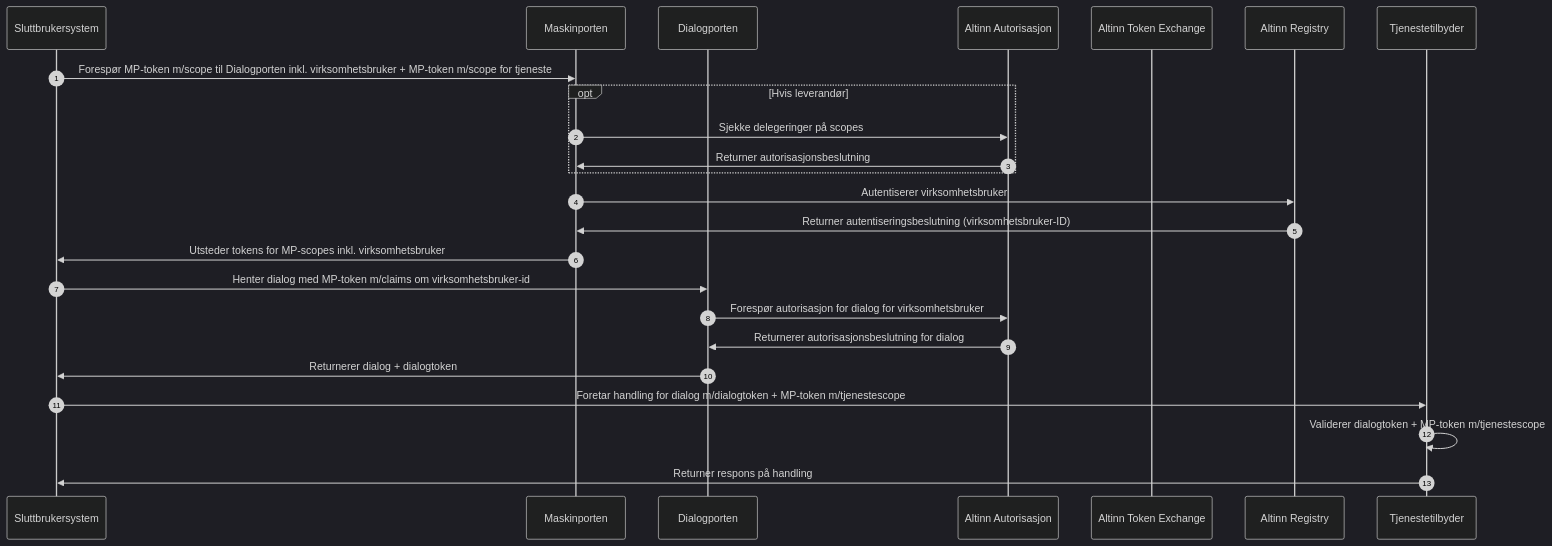
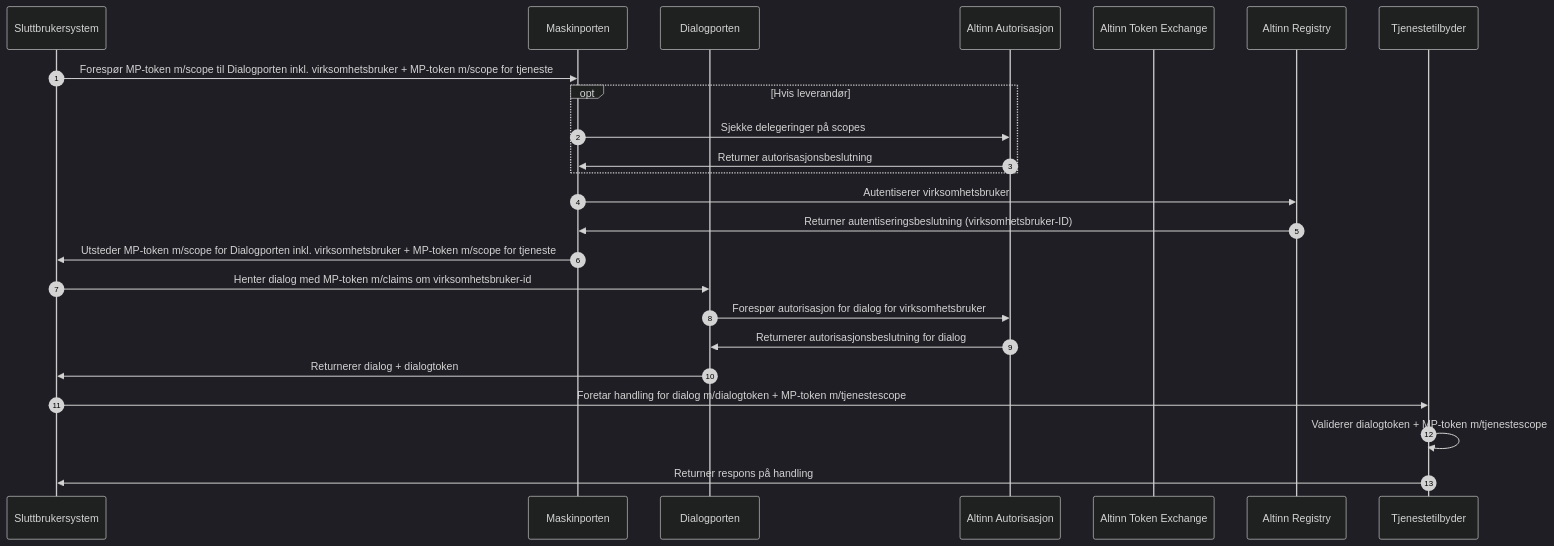
One commit to elsand/elsand.github.io changed the eighth of 10 diagrams in dialogporten.md. Above: the diagram before and after it, drawn with Mermaid (dark theme). The commit also changed other lines of this file, not shown here.

Commit message:
Adjust wording to indicate that there are two tokens

````diff
--- a/dialogporten.md
+++ b/dialogporten.md
@@ -663,27 +663,26 @@
 ```mermaid!
 sequenceDiagram
 autonumber
     participant SBS as Sluttbrukersystem
     participant MP as Maskinporten
     participant DP as Dialogporten
     participant AA as Altinn Autorisasjon    
     participant AX as Altinn Token Exchange
     participant AR as Altinn Registry
     participant TT as Tjenestetilbyder
 SBS->>MP: Forespør MP-token m/scope til Dialogporten inkl. virksomhetsbruker + MP-token m/scope for tjeneste
 opt Hvis leverandør
 MP->>AA: Sjekke delegeringer på scopes
 AA->>MP: Returner autorisasjonsbeslutning
 end
 MP->>AR: Autentiserer virksomhetsbruker
 AR->>MP: Returner autentiseringsbeslutning (virksomhetsbruker-ID)
-MP->>SBS: Utsteder tokens for MP-scopes inkl. virksomhetsbruker
-
+MP->>SBS: Utsteder MP-token m/scope for Dialogporten inkl. virksomhetsbruker + MP-token m/scope for tjeneste 
 SBS->>DP: Henter dialog med MP-token m/claims om virksomhetsbruker-id
 DP->>AA: Forespør autorisasjon for dialog for virksomhetsbruker
 AA->>DP: Returnerer autorisasjonsbeslutning for dialog
 DP->>SBS: Returnerer dialog + dialogtoken
 SBS->>TT: Foretar handling for dialog m/dialogtoken + MP-token m/tjenestescope
 TT->>TT: Validerer dialogtoken + MP-token m/tjenestescope
 TT->>SBS: Returner respons på handling
 ```
````
